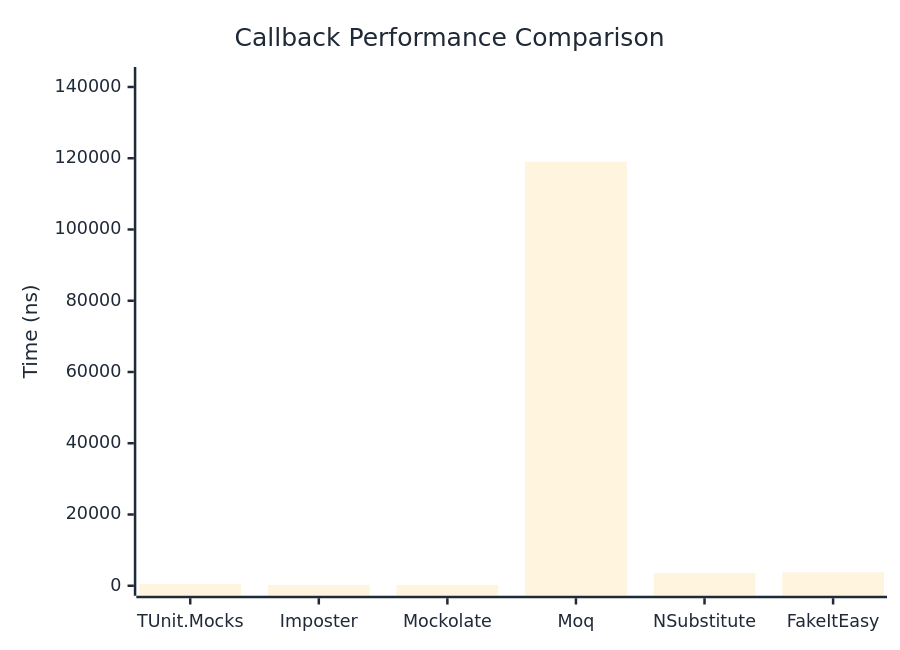
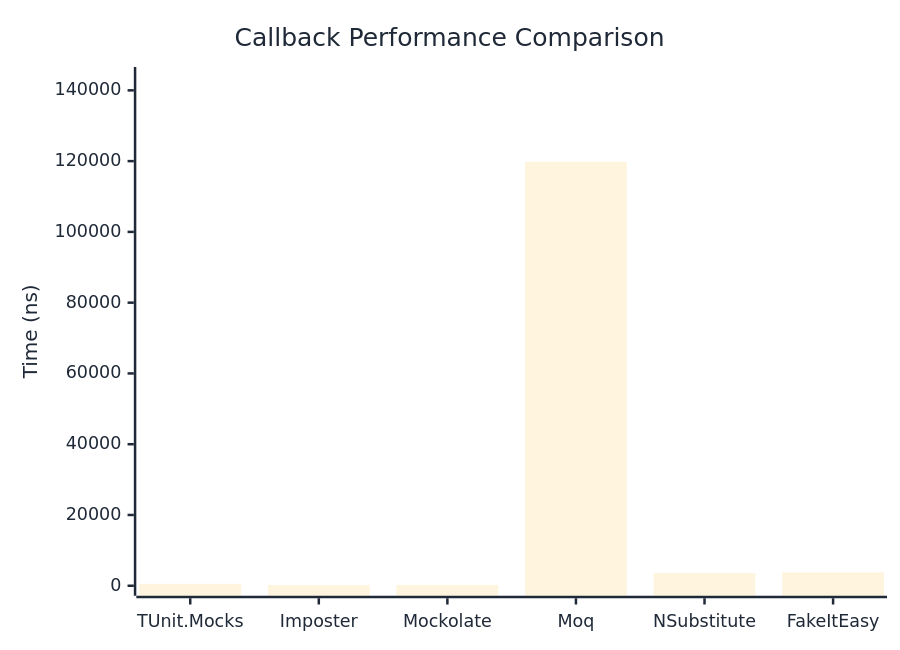
One commit to thomhurst/TUnit changed the first of 2 diagrams in docs/docs/benchmarks/mocks/Callback.md. Above: the diagram before and after it, drawn with Mermaid. The commit also changed other lines of this file and 14 other files, not shown here.

````diff
--- a/docs/docs/benchmarks/mocks/Callback.md
+++ b/docs/docs/benchmarks/mocks/Callback.md
@@ -30,27 +30,27 @@
 ```mermaid
 %%{init: {
   'theme':'base',
   'themeVariables': {
     'primaryColor': '#2563eb',
     'primaryTextColor': '#1f2937',
     'primaryBorderColor': '#1e40af',
     'lineColor': '#6b7280',
     'secondaryColor': '#7c3aed',
     'tertiaryColor': '#dc2626',
     'background': '#ffffff',
     'pie1': '#2563eb',
     'pie2': '#7c3aed',
     'pie3': '#dc2626',
     'pie4': '#f59e0b',
     'pie5': '#10b981',
     'pie6': '#06b6d4',
     'pie7': '#ec4899',
     'pie8': '#6366f1'
   }
 }}%%
 xychart-beta
   title "Callback Performance Comparison"
   x-axis ["TUnit.Mocks", "Imposter", "Mockolate", "Moq", "NSubstitute", "FakeItEasy"]
-  y-axis "Time (ns)" 0 --> 142798
-  bar [522.6, 198.6, 251.8, 118998.2, 3597.3, 3748.9]
+  y-axis "Time (ns)" 0 --> 143773
+  bar [543.9, 204.8, 256.3, 119810.5, 3604, 3756.9]
 ```
````
